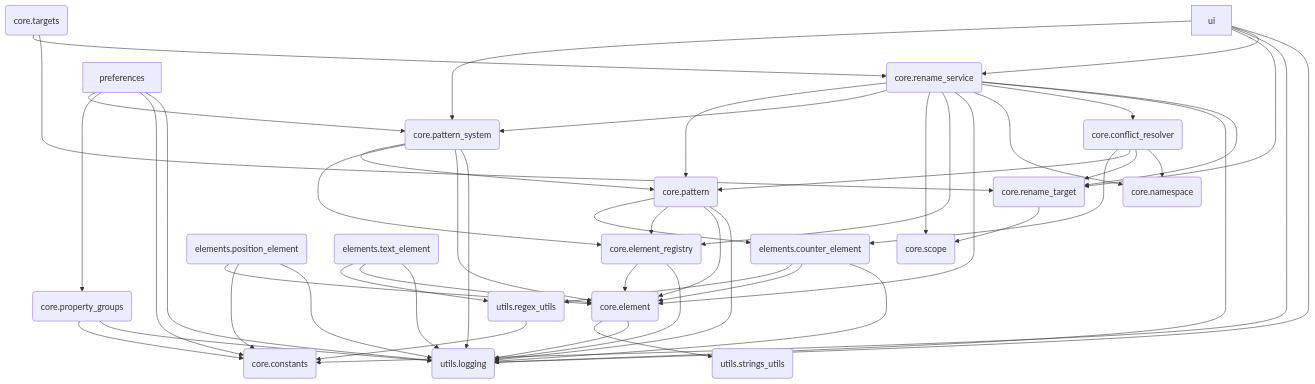
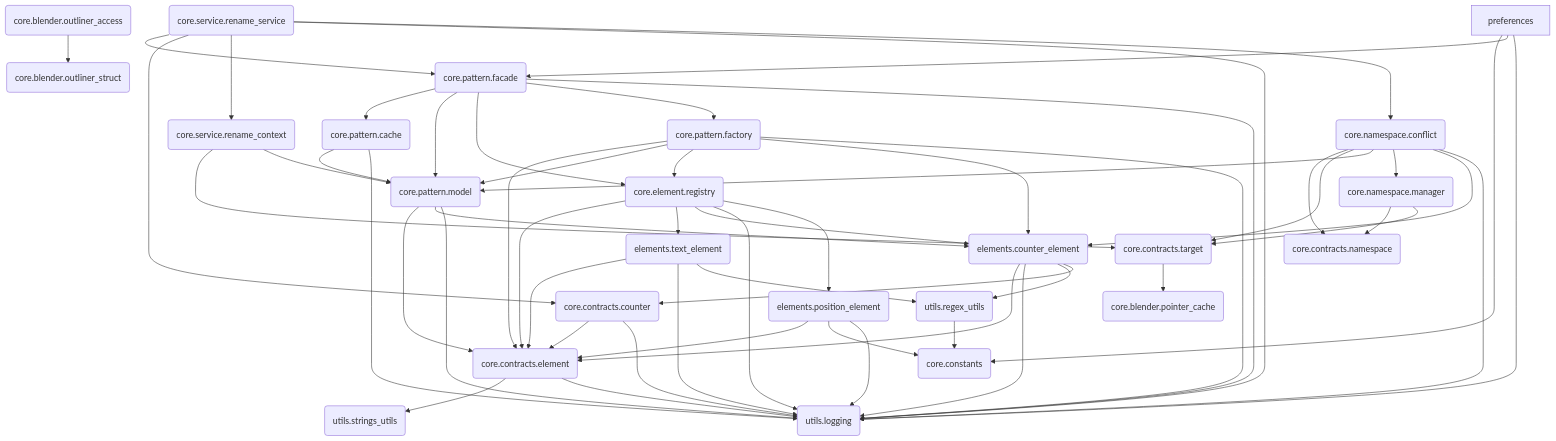
One commit to Pluglug/modular-renamer changed the diagram in debug/module_dependencies.mmd. Above: the diagram before and after it, drawn with Mermaid. The commit also changed 44 other files, not shown here.

```diff
--- a/debug/module_dependencies.mmd
+++ b/debug/module_dependencies.mmd
@@ -1,76 +1,86 @@
 ---
 config:
   theme: default
   flowchart:
     curve: basis
 ---
 flowchart TD
-    core_conflict_resolver(core.conflict_resolver)
+    core_blender_outliner_access(core.blender.outliner_access)
+    core_blender_outliner_struct(core.blender.outliner_struct)
+    core_blender_pointer_cache(core.blender.pointer_cache)
     core_constants(core.constants)
-    core_element(core.element)
-    core_element_registry(core.element_registry)
-    core_namespace(core.namespace)
-    core_pattern(core.pattern)
-    core_pattern_system(core.pattern_system)
-    core_property_groups(core.property_groups)
-    core_rename_service(core.rename_service)
-    core_rename_target(core.rename_target)
-    core_scope(core.scope)
-    core_targets(core.targets)
+    core_contracts_counter(core.contracts.counter)
+    core_contracts_element(core.contracts.element)
+    core_contracts_namespace(core.contracts.namespace)
+    core_contracts_target(core.contracts.target)
+    core_element_registry(core.element.registry)
+    core_namespace_conflict(core.namespace.conflict)
+    core_namespace_manager(core.namespace.manager)
+    core_pattern_cache(core.pattern.cache)
+    core_pattern_facade(core.pattern.facade)
+    core_pattern_factory(core.pattern.factory)
+    core_pattern_model(core.pattern.model)
+    core_service_rename_context(core.service.rename_context)
+    core_service_rename_service(core.service.rename_service)
     elements_counter_element(elements.counter_element)
     elements_position_element(elements.position_element)
     elements_text_element(elements.text_element)
     preferences[preferences]
-    ui[ui]
     utils_logging(utils.logging)
     utils_regex_utils(utils.regex_utils)
     utils_strings_utils(utils.strings_utils)
-    core_conflict_resolver --> elements_counter_element
-    core_conflict_resolver --> core_pattern
-    core_conflict_resolver --> core_rename_target
-    core_conflict_resolver --> core_namespace
-    core_element --> utils_strings_utils
-    core_element --> utils_logging
-    core_element_registry --> core_element
+    core_blender_outliner_access --> core_blender_outliner_struct
+    core_contracts_counter --> core_contracts_element
+    core_contracts_counter --> utils_logging
+    core_contracts_element --> utils_strings_utils
+    core_contracts_element --> utils_logging
+    core_contracts_target --> core_blender_pointer_cache
+    core_element_registry --> core_contracts_element
+    core_element_registry --> elements_text_element
+    core_element_registry --> elements_counter_element
     core_element_registry --> utils_logging
-    core_pattern --> elements_counter_element
-    core_pattern --> core_element_registry
-    core_pattern --> core_element
-    core_pattern --> utils_logging
-    core_pattern_system --> core_pattern
-    core_pattern_system --> core_element_registry
-    core_pattern_system --> core_element
-    core_pattern_system --> utils_logging
-    core_property_groups --> core_constants
-    core_property_groups --> utils_logging
-    core_rename_service --> core_pattern
-    core_rename_service --> core_pattern_system
-    core_rename_service --> core_scope
-    core_rename_service --> core_element_registry
-    core_rename_service --> core_element
-    core_rename_service --> core_namespace
-    core_rename_service --> core_conflict_resolver
-    core_rename_service --> utils_logging
-    core_rename_service --> core_rename_target
-    core_rename_target --> core_scope
-    core_targets --> core_rename_service
-    core_targets --> core_rename_target
+    core_element_registry --> elements_position_element
+    core_namespace_conflict --> core_contracts_namespace
+    core_namespace_conflict --> core_contracts_target
+    core_namespace_conflict --> core_pattern_model
+    core_namespace_conflict --> core_namespace_manager
+    core_namespace_conflict --> elements_counter_element
+    core_namespace_conflict --> utils_logging
+    core_namespace_manager --> core_contracts_namespace
+    core_namespace_manager --> core_contracts_target
+    core_pattern_cache --> core_pattern_model
+    core_pattern_cache --> utils_logging
+    core_pattern_facade --> core_pattern_cache
+    core_pattern_facade --> core_pattern_model
+    core_pattern_facade --> core_element_registry
+    core_pattern_facade --> core_pattern_factory
+    core_pattern_facade --> utils_logging
+    core_pattern_factory --> core_contracts_element
+    core_pattern_factory --> core_pattern_model
+    core_pattern_factory --> core_element_registry
+    core_pattern_factory --> elements_counter_element
+    core_pattern_factory --> utils_logging
+    core_pattern_model --> core_contracts_element
+    core_pattern_model --> elements_counter_element
+    core_pattern_model --> utils_logging
+    core_service_rename_context --> core_contracts_target
+    core_service_rename_context --> core_pattern_model
+    core_service_rename_service --> core_pattern_facade
+    core_service_rename_service --> core_contracts_counter
+    core_service_rename_service --> core_service_rename_context
+    core_service_rename_service --> utils_logging
+    core_service_rename_service --> core_namespace_conflict
+    elements_counter_element --> core_contracts_element
+    elements_counter_element --> utils_logging
     elements_counter_element --> utils_regex_utils
-    elements_counter_element --> core_element
-    elements_counter_element --> utils_logging
-    elements_position_element --> core_element
+    elements_counter_element --> core_contracts_counter
+    elements_position_element --> core_contracts_element
     elements_position_element --> core_constants
     elements_position_element --> utils_logging
+    elements_text_element --> core_contracts_element
+    elements_text_element --> utils_logging
     elements_text_element --> utils_regex_utils
-    elements_text_element --> core_element
-    elements_text_element --> utils_logging
-    preferences --> core_pattern_system
-    preferences --> core_property_groups
     preferences --> core_constants
+    preferences --> core_pattern_facade
     preferences --> utils_logging
-    ui --> core_pattern_system
-    ui --> core_rename_target
-    ui --> core_constants
-    ui --> core_rename_service
-    ui --> utils_logging
     utils_regex_utils --> core_constants
```
